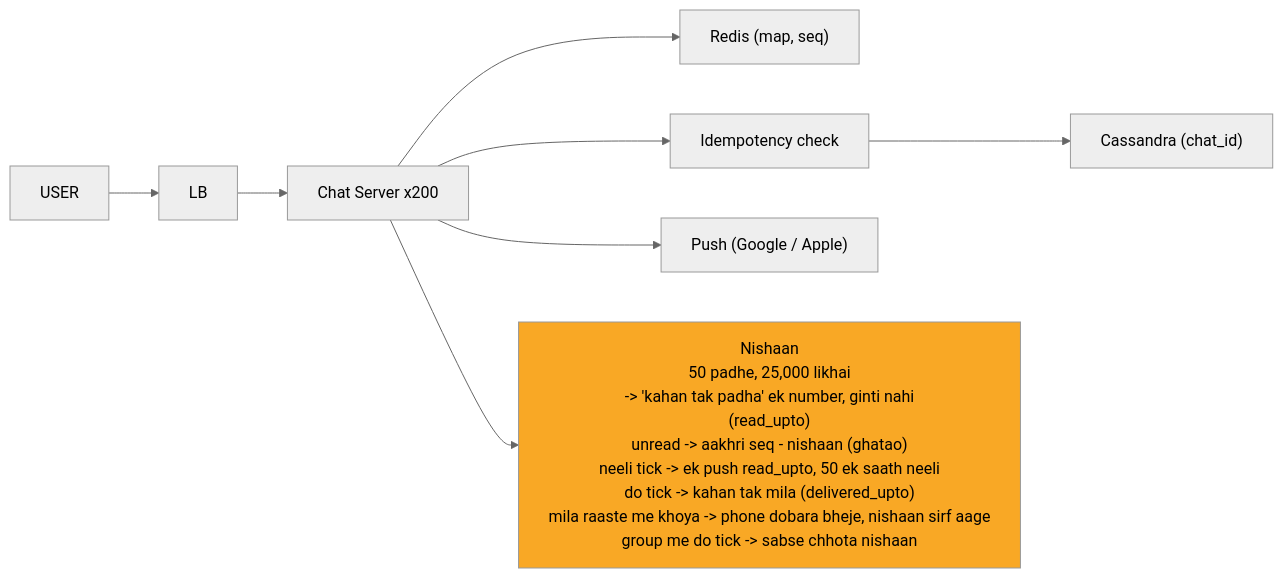
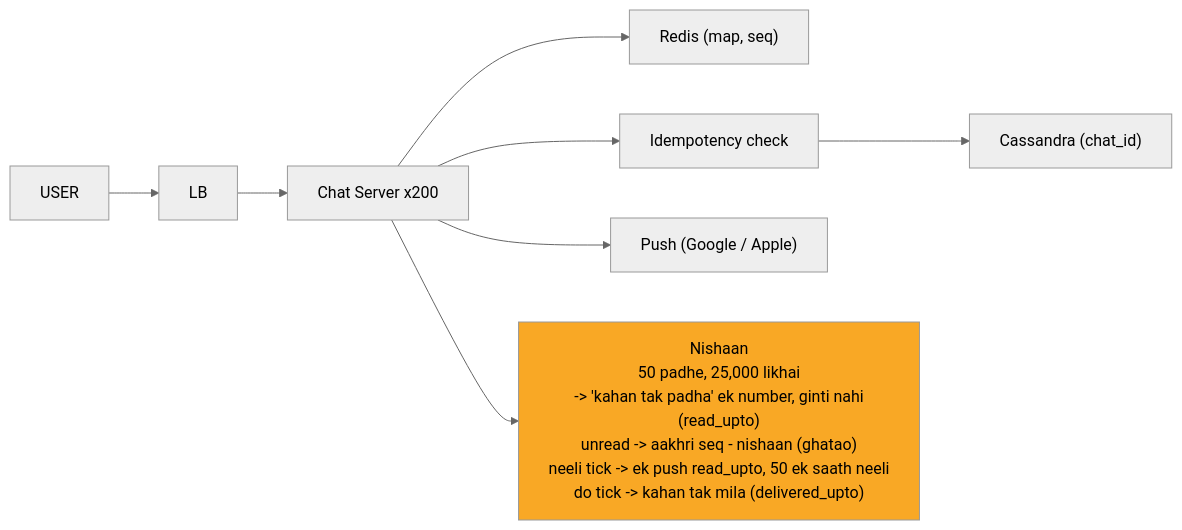
The ninth of 12 diagrams in 04_HLD/SYSTEM_DESIGNS/14_chat_messaging/14_chat_messaging.md (ArpanMaheshwari144/Prep), drawn with Mermaid (neutral theme) before and after one commit. The commit also changed other lines of this file and 13 other files, not shown here.

````diff
--- a/04_HLD/SYSTEM_DESIGNS/14_chat_messaging/14_chat_messaging.md
+++ b/04_HLD/SYSTEM_DESIGNS/14_chat_messaging/14_chat_messaging.md
@@ -387,20 +387,20 @@
 ```mermaid
 %%{init: {"flowchart": {"wrappingWidth": 450}}}%%
 flowchart LR
     n_U["USER"]
     n_LB["LB"]
     n_CS["Chat Server x200"]
     n_R["Redis (map, seq)"]
     n_I["Idempotency check"]
     n_CA["Cassandra (chat_id)"]
     n_P["Push (Google / Apple)"]
-    n_NS["Nishaan<br/>50 padhe, 25,000 likhai<br/>-> 'kahan tak padha' ek number, ginti nahi<br/>(read_upto)<br/>unread -> aakhri seq - nishaan (ghatao)<br/>neeli tick -> ek push read_upto, 50 ek saath neeli<br/>do tick -> kahan tak mila (delivered_upto)<br/>mila raaste me khoya -> phone dobara bheje, nishaan sirf aage<br/>group me do tick -> sabse chhota nishaan"]
+    n_NS["Nishaan<br/>50 padhe, 25,000 likhai<br/>-> 'kahan tak padha' ek number, ginti nahi<br/>(read_upto)<br/>unread -> aakhri seq - nishaan (ghatao)<br/>neeli tick -> ek push read_upto, 50 ek saath neeli<br/>do tick -> kahan tak mila (delivered_upto)"]
     n_U --> n_LB
     n_LB --> n_CS
     n_CS --> n_R
     n_CS --> n_I
     n_I --> n_CA
     n_CS --> n_P
     n_CS --> n_NS
     style n_NS fill:#f9a825,color:#000
 ```
````
